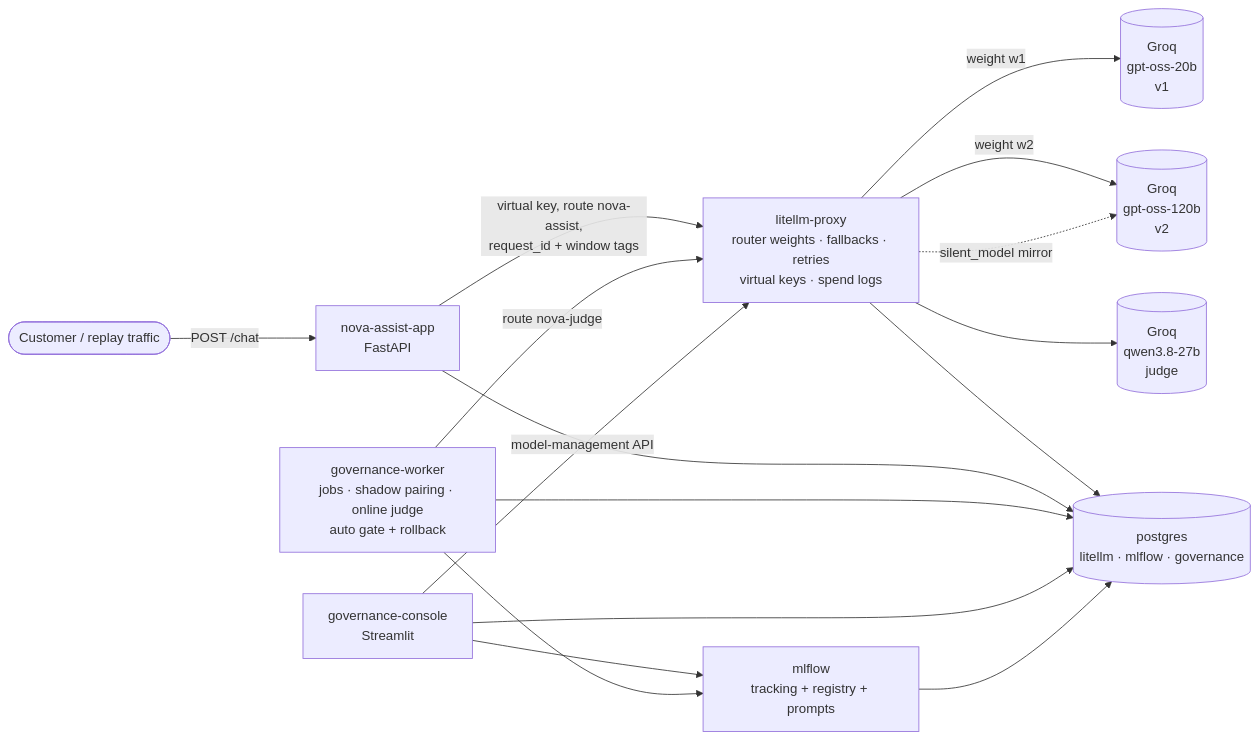
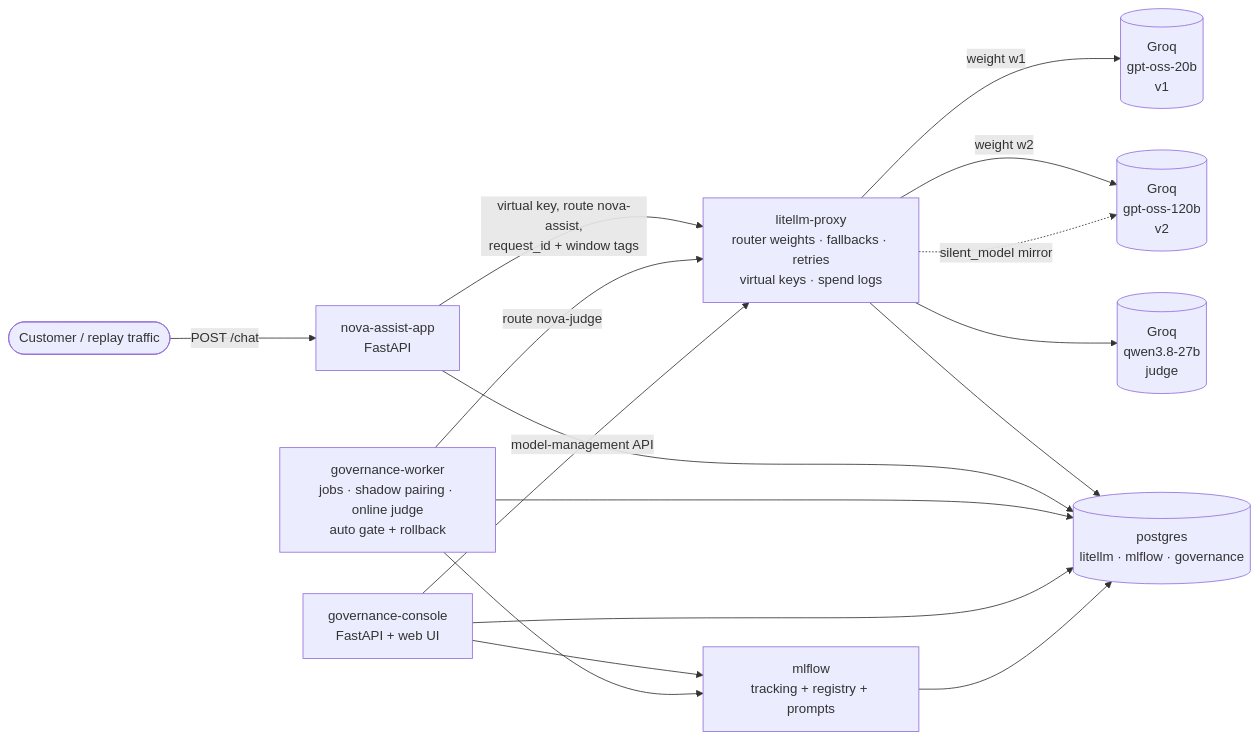
The diagram in README.md (data-guru0/Model-Governance-Crash-Course), drawn with Mermaid before and after one commit. The commit also changed other lines of this file and 10 other files, not shown here.

Commit message:
Replace Streamlit with a FastAPI + hand-built web console: per-stage explainers, charts, live gates, real-vs-simulated labelling; fix registry aliases

````diff
--- a/README.md
+++ b/README.md
@@ -47,18 +47,18 @@
 ```mermaid
 flowchart LR
     customer([Customer / replay traffic]) -->|POST /chat| app[nova-assist-app<br/>FastAPI]
     app -->|virtual key, route nova-assist,<br/>request_id + window tags| gw[litellm-proxy<br/>router weights · fallbacks · retries<br/>virtual keys · spend logs]
     gw -->|weight w1| v1[(Groq<br/>gpt-oss-20b<br/>v1)]
     gw -->|weight w2| v2[(Groq<br/>gpt-oss-120b<br/>v2)]
     gw -. silent_model mirror .-> v2
     worker[governance-worker<br/>jobs · shadow pairing · online judge<br/>auto gate + rollback] -->|route nova-judge| gw
     gw --> judge[(Groq<br/>qwen3.8-27b<br/>judge)]
-    console[governance-console<br/>Streamlit] -->|model-management API| gw
+    console[governance-console<br/>FastAPI + web UI] -->|model-management API| gw
     console --> mlflow[mlflow<br/>tracking + registry + prompts]
     worker --> mlflow
     gw --> pg[(postgres<br/>litellm · mlflow · governance)]
     app --> pg
     worker --> pg
     console --> pg
     mlflow --> pg
 ```
````
